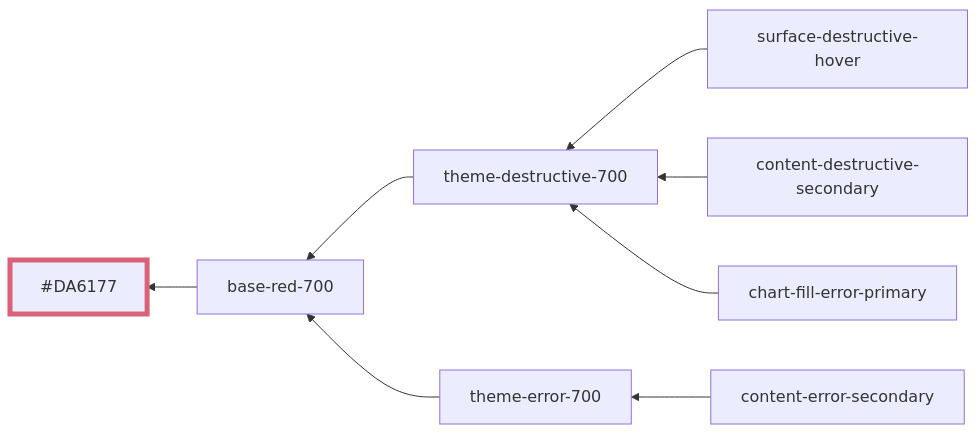
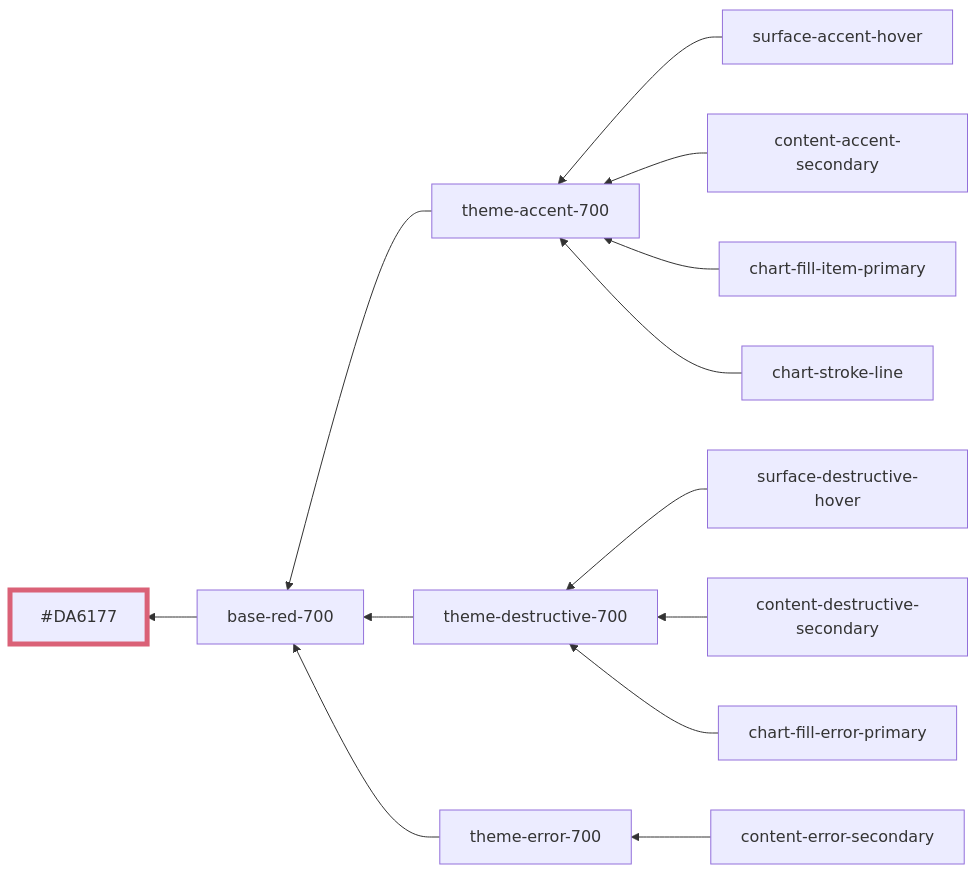
Before and after one commit to oxidecomputer/design-system: diagram 23 of 51 in styles/dist/red.md, drawn with Mermaid. The commit also changed other lines of this file and 2 other files, not shown here.

Commit message:
Fix red theme

````diff
--- a/styles/dist/red.md
+++ b/styles/dist/red.md
@@ -298,12 +289,17 @@
 ```mermaid
 graph RL
   base-red-700 --> #DA6177:::base-red-700
+  surface-accent-hover --> theme-accent-700
   surface-destructive-hover --> theme-destructive-700
+  content-accent-secondary --> theme-accent-700
   content-destructive-secondary --> theme-destructive-700
   content-error-secondary --> theme-error-700
+  chart-fill-item-primary --> theme-accent-700
   chart-fill-error-primary --> theme-destructive-700
+  chart-stroke-line --> theme-accent-700
+  theme-accent-700 --> base-red-700
   theme-destructive-700 --> base-red-700
   theme-error-700 --> base-red-700
 
 	classDef base-red-700 stroke-width:5,stroke:#DA6177
 ```
````
